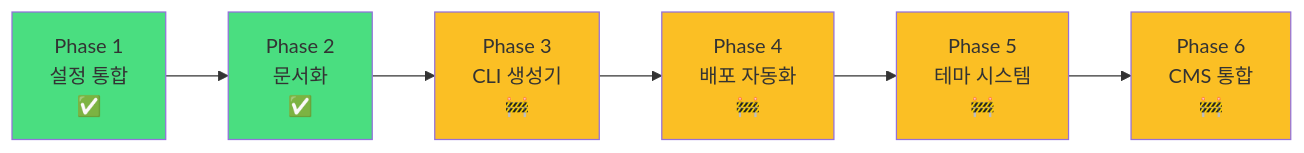
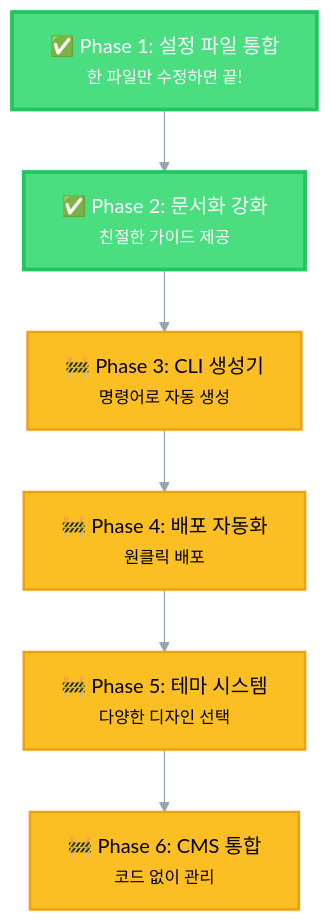
Before and after one commit to glossybigbro/glossybigbro.github.io: the diagram in README.md, drawn with Mermaid.

Commit message:
docs: 로드맵 다이어그램 디자인 개선
- 가로 레이아웃에서 세로 레이아웃으로 변경
- 각 Phase에 설명 추가
- 색상 및 스타일 개선
- 가독성 향상

````diff
--- a/README.md
+++ b/README.md
@@ -55,15 +55,18 @@
 ```mermaid
-graph LR
-    A[Phase 1<br/>설정 통합<br/>✅] --> B[Phase 2<br/>문서화<br/>✅]
-    B --> C[Phase 3<br/>CLI 생성기<br/>🚧]
-    C --> D[Phase 4<br/>배포 자동화<br/>🚧]
-    D --> E[Phase 5<br/>테마 시스템<br/>🚧]
-    E --> F[Phase 6<br/>CMS 통합<br/>🚧]
+%%{init: {'theme':'base', 'themeVariables': { 'primaryColor':'#4ade80','primaryTextColor':'#fff','primaryBorderColor':'#22c55e','lineColor':'#94a3b8','secondaryColor':'#fbbf24','tertiaryColor':'#f3f4f6'}}}%%
+flowchart TD
+    A["✅ Phase 1: 설정 파일 통합<br/><small>한 파일만 수정하면 끝!</small>"]
+    B["✅ Phase 2: 문서화 강화<br/><small>친절한 가이드 제공</small>"]
+    C["🚧 Phase 3: CLI 생성기<br/><small>명령어로 자동 생성</small>"]
+    D["🚧 Phase 4: 배포 자동화<br/><small>원클릭 배포</small>"]
+    E["🚧 Phase 5: 테마 시스템<br/><small>다양한 디자인 선택</small>"]
+    F["🚧 Phase 6: CMS 통합<br/><small>코드 없이 관리</small>"]
     
-    style A fill:#4ade80
-    style B fill:#4ade80
-    style C fill:#fbbf24
-    style D fill:#fbbf24
-    style E fill:#fbbf24
-    style F fill:#fbbf24
+    A --> B --> C --> D --> E --> F
+    
+    classDef completed fill:#4ade80,stroke:#22c55e,stroke-width:3px,color:#fff
+    classDef inProgress fill:#fbbf24,stroke:#f59e0b,stroke-width:2px,color:#000
+    
+    class A,B completed
+    class C,D,E,F inProgress
 ```
````
